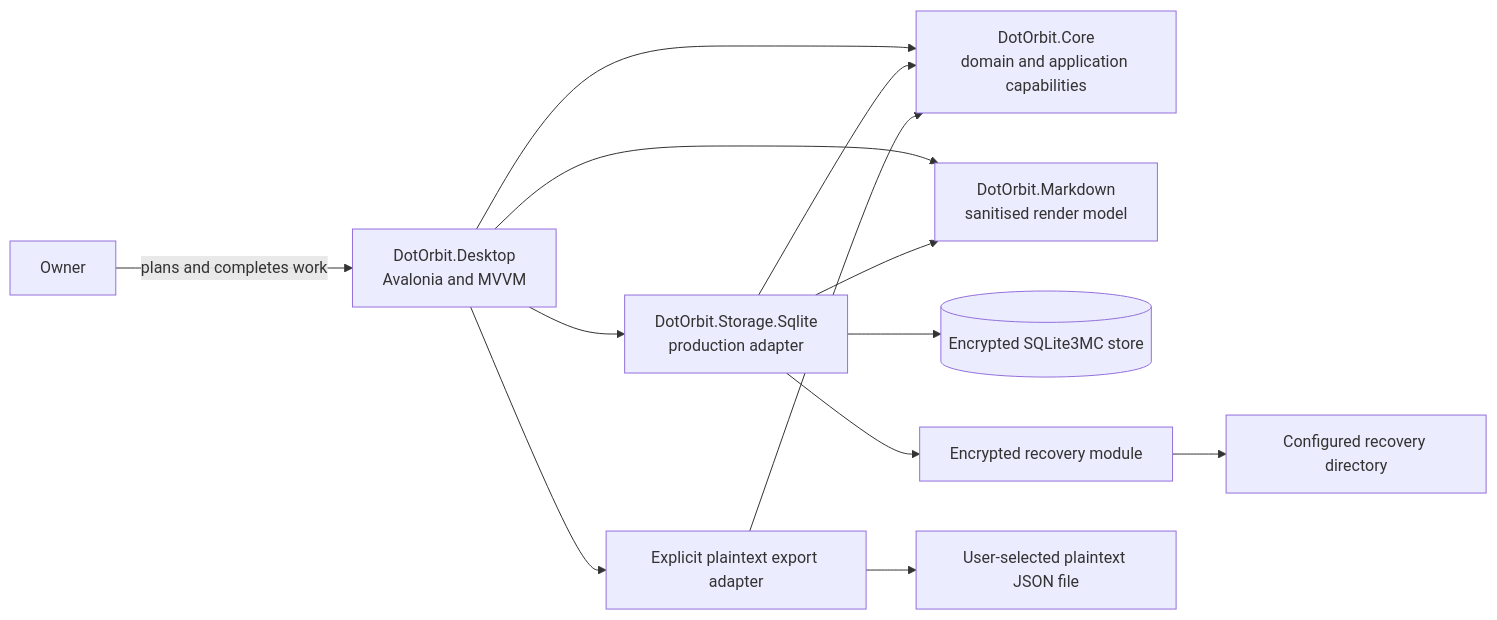
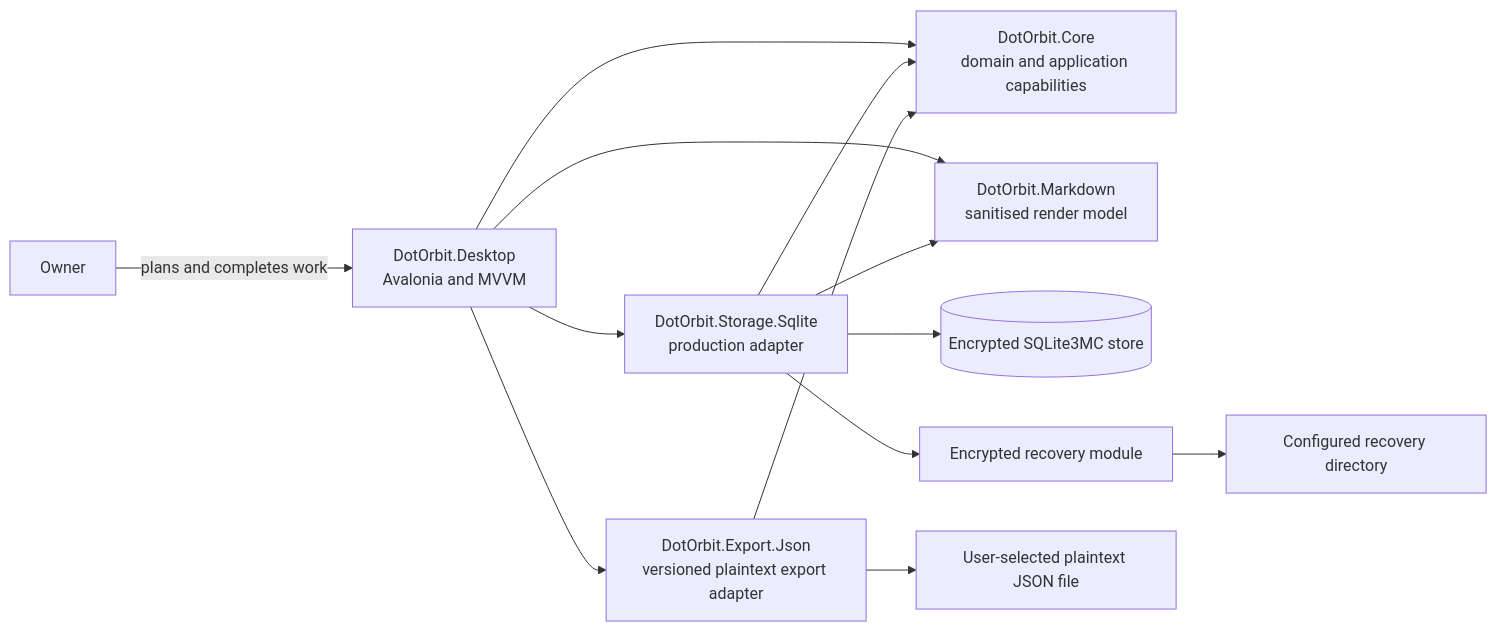
Before and after one commit to nullabletype/dot-orbit: the diagram in docs/architecture/system-context.md, drawn with Mermaid. The commit also changed other lines of this file and 27 other files, not shown here.

Commit message:
Add explicit plaintext workspace export (#70)

````diff
--- a/docs/architecture/system-context.md
+++ b/docs/architecture/system-context.md
@@ -5,15 +5,15 @@
 ```mermaid
 flowchart LR
     Owner[Owner] -->|plans and completes work| Desktop[DotOrbit.Desktop<br/>Avalonia and MVVM]
     Desktop --> Core[DotOrbit.Core<br/>domain and application capabilities]
     Desktop --> Storage[DotOrbit.Storage.Sqlite<br/>production adapter]
     Desktop --> Markdown[DotOrbit.Markdown<br/>sanitised render model]
-    Desktop --> Export[Explicit plaintext export adapter]
+    Desktop --> Export[DotOrbit.Export.Json<br/>versioned plaintext export adapter]
     Storage --> Core
     Storage --> Markdown
     Export --> Core
     Storage --> Store[(Encrypted SQLite3MC store)]
     Storage --> Recovery[Encrypted recovery module]
     Recovery --> BackupFolder[Configured recovery directory]
     Export --> ExportFile[User-selected plaintext JSON file]
 ```
````
